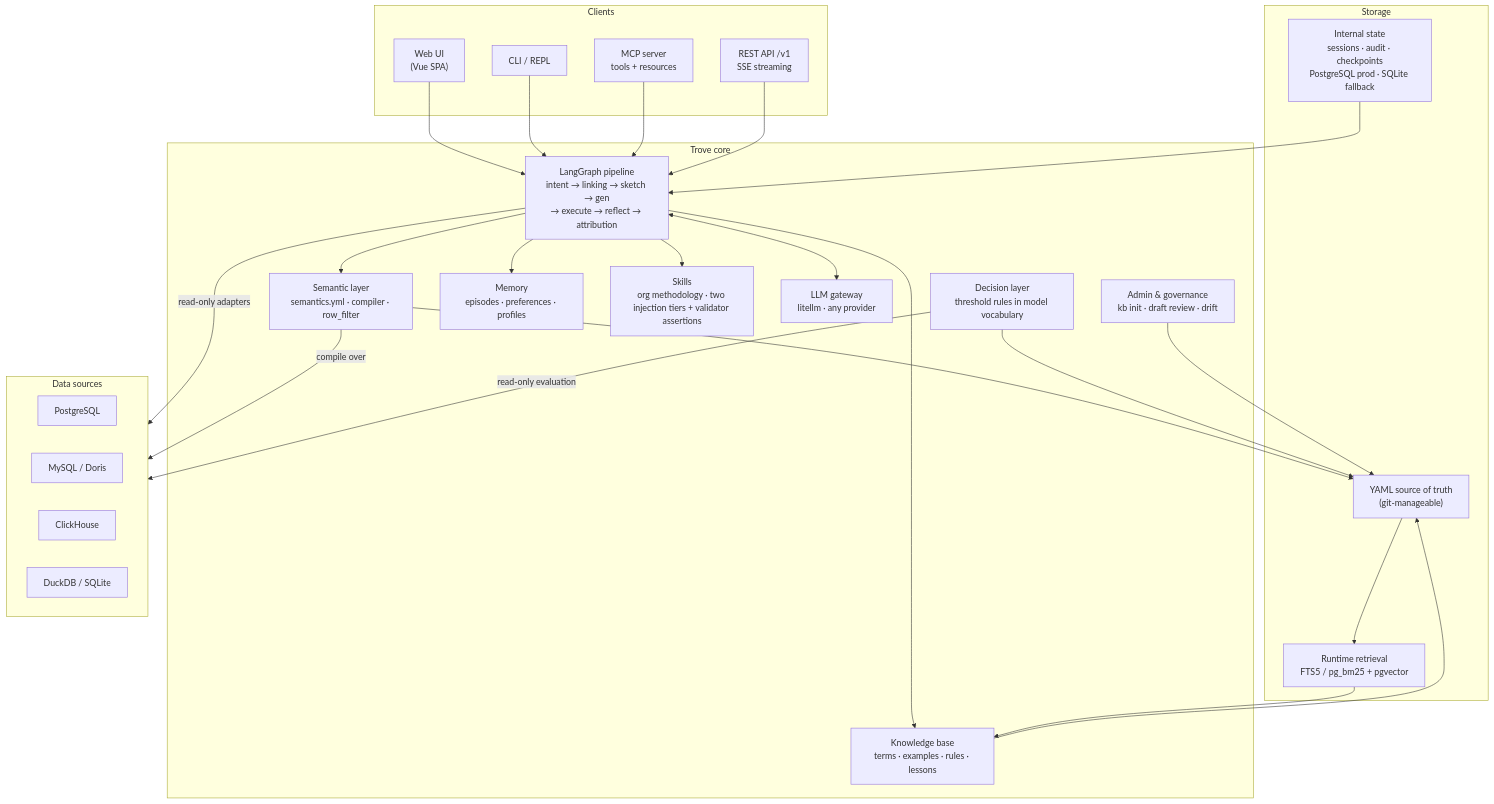
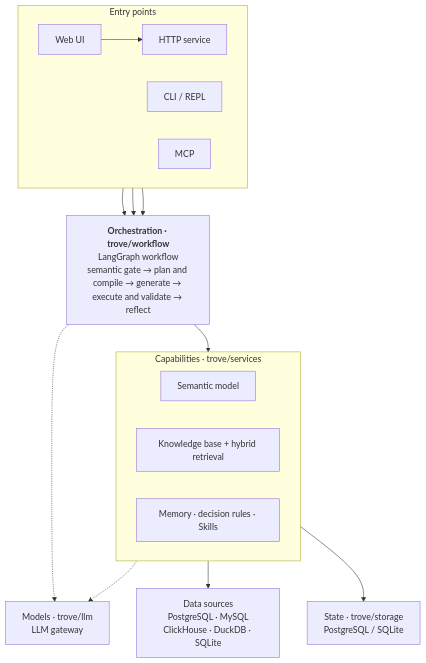
One commit to Nivane/trove changed the diagram in README.en.md. Above: the diagram before and after it, drawn with Mermaid. The commit also changed other lines of this file and 1 other file, not shown here.

First line of the commit message:
docs(readme): 重构为推广导向，并加入全貌图

````diff
--- a/README.en.md
+++ b/README.en.md
@@ -74,47 +46,33 @@
 ```mermaid
 flowchart TB
-    subgraph clients["Clients"]
-        UI["Web UI<br/>(Vue SPA)"]
-        REPL["CLI / REPL"]
-        MCP["MCP server<br/>tools + resources"]
-        API["REST API /v1<br/>SSE streaming"]
+    subgraph entry["Entry points"]
+        direction LR
+        UI["Web UI"]
+        CLI["CLI / REPL"]
+        SRV["HTTP service"]
+        MCP["MCP"]
     end
 
-    subgraph core["Trove core"]
-        wf["LangGraph pipeline<br/>intent → linking → sketch → gen<br/>→ execute → reflect → attribution"]
-        semantic["Semantic layer<br/>semantics.yml · compiler · row_filter"]
-        kb["Knowledge base<br/>terms · examples · rules · lessons"]
-        decision["Decision layer<br/>threshold rules in model vocabulary"]
-        memory["Memory<br/>episodes · preferences · profiles"]
-        skills["Skills<br/>org methodology · two injection tiers + validator assertions"]
-        llm["LLM gateway<br/>litellm · any provider"]
-        admin["Admin & governance<br/>kb init · draft review · drift"]
+    WF["<b>Orchestration · trove/workflow</b><br/>LangGraph workflow<br/>semantic gate → plan and compile → generate → execute and validate → reflect"]
+
+    subgraph caps["Capabilities · trove/services"]
+        direction LR
+        SEM["Semantic model"]
+        KB["Knowledge base + hybrid retrieval"]
+        MEM["Memory · decision rules · Skills"]
     end
 
-    subgraph store["Storage"]
-        yaml_src["YAML source of truth<br/>(git-manageable)"]
-        rt["Runtime retrieval<br/>FTS5 / pg_bm25 + pgvector"]
-        state_store["Internal state<br/>sessions · audit · checkpoints<br/>PostgreSQL prod · SQLite fallback"]
-    end
+    LLM["Models · trove/llm<br/>LLM gateway"]
+    STATE["State · trove/storage<br/>PostgreSQL / SQLite"]
+    DS["Data sources<br/>PostgreSQL · MySQL<br/>ClickHouse · DuckDB · SQLite"]
 
-    subgraph sources["Data sources"]
-        src_pg["PostgreSQL"]
-        src_my["MySQL / Doris"]
-        src_ch["ClickHouse"]
-        src_dk["DuckDB / SQLite"]
-    end
-
-    UI & REPL & MCP & API --> wf
-    wf <--> llm
-    wf --> semantic & kb & memory & skills
-    semantic --> yaml_src
-    kb --> yaml_src
-    decision --> yaml_src
-    yaml_src --> rt
-    rt --> kb
-    wf -->|"read-only adapters"| sources
-    semantic -->|"compile over"| sources
-    decision -->|"read-only evaluation"| sources
-    admin --> yaml_src
-    state_store --> wf
+    UI --> SRV
+    SRV --> WF
+    CLI --> WF
+    MCP --> WF
+    WF --> caps
+    KB --> DS
+    MEM --> STATE
+    WF -.-> LLM
+    MEM -.-> LLM
 ```
````
